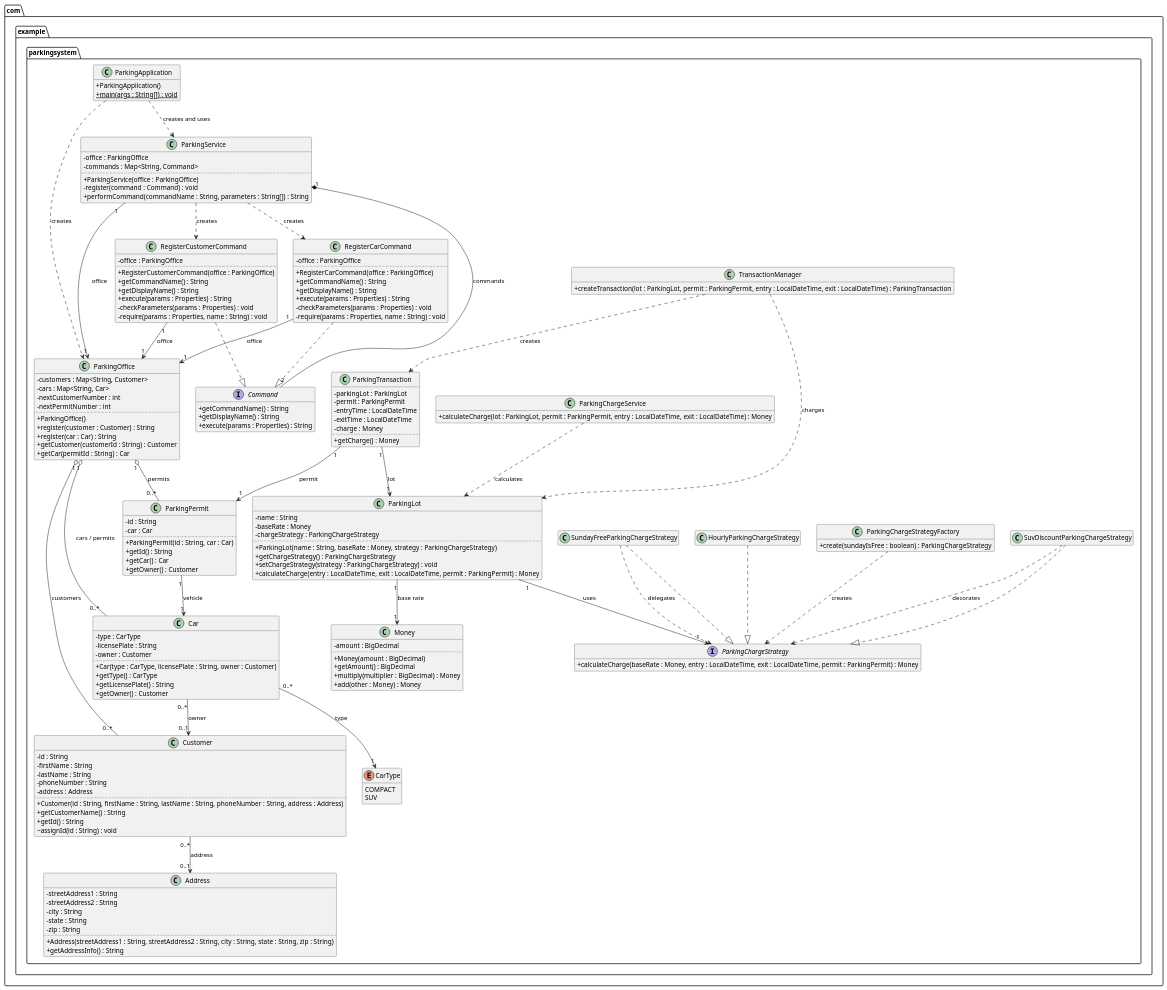
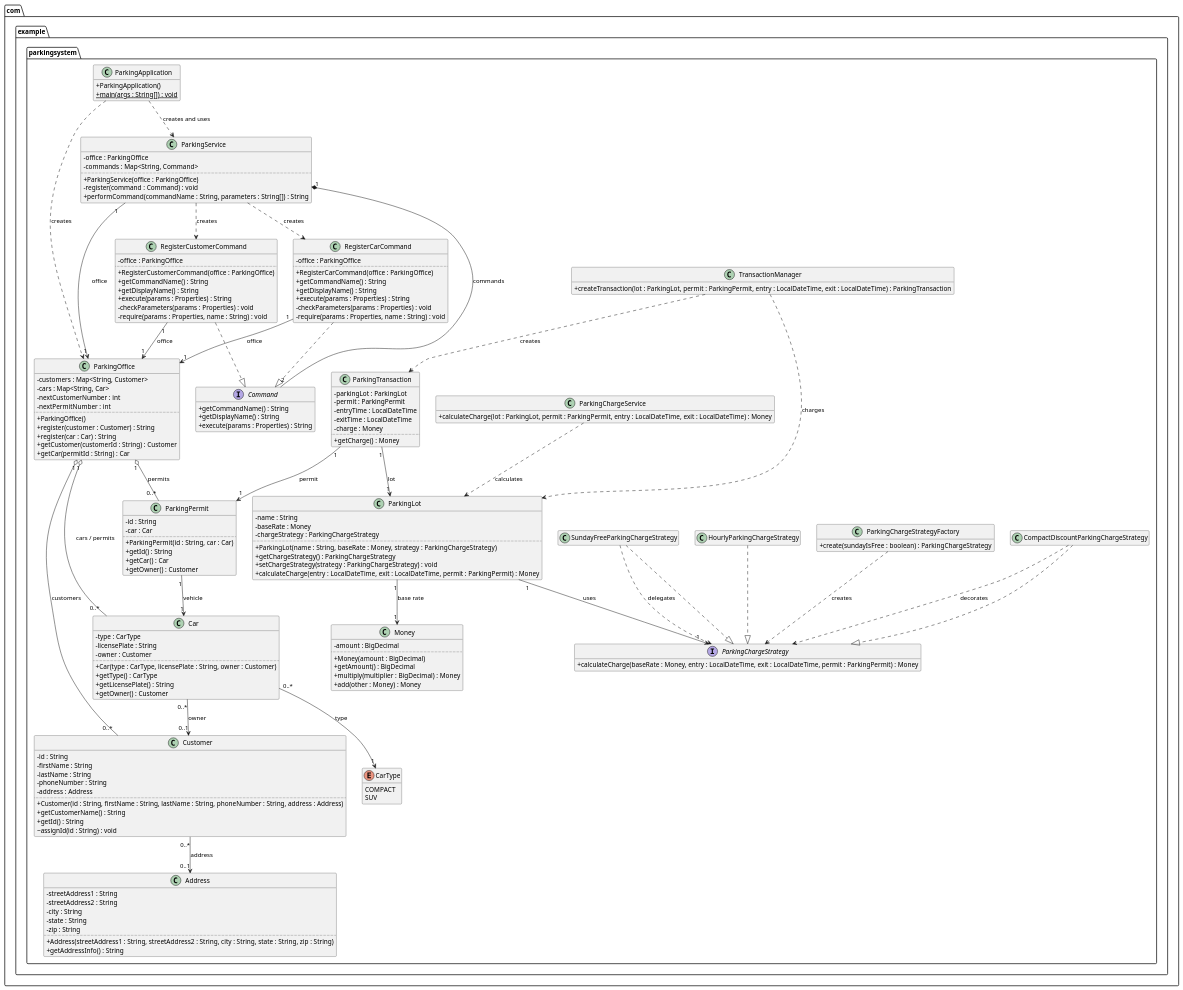
Before and after one commit to anthony-martDU/ICT-4315-1: the diagram in ParkingSystem.puml, drawn with PlantUML. The commit also changed 5 other files, not shown here.

First line of the commit message:
Discount compact cars in parking charges

```diff
--- a/ParkingSystem.puml
+++ b/ParkingSystem.puml
@@ -53,7 +53,7 @@
 
     class HourlyParkingChargeStrategy
     class SundayFreeParkingChargeStrategy
-    class SuvDiscountParkingChargeStrategy
+    class CompactDiscountParkingChargeStrategy
     class ParkingChargeStrategyFactory {
         +create(sundayIsFree : boolean) : ParkingChargeStrategy
     }
@@ -166,7 +166,7 @@
 RegisterCarCommand ..|> Command
 HourlyParkingChargeStrategy ..|> ParkingChargeStrategy
 SundayFreeParkingChargeStrategy ..|> ParkingChargeStrategy
-SuvDiscountParkingChargeStrategy ..|> ParkingChargeStrategy
+CompactDiscountParkingChargeStrategy ..|> ParkingChargeStrategy
 
 ' Object relationships and dependencies
 ParkingService "1" *-- "2" Command : commands
@@ -194,7 +194,7 @@
 ParkingChargeService ..> ParkingLot : calculates
 ParkingChargeStrategyFactory ..> ParkingChargeStrategy : creates
 SundayFreeParkingChargeStrategy ..> ParkingChargeStrategy : delegates
-SuvDiscountParkingChargeStrategy ..> ParkingChargeStrategy : decorates
+CompactDiscountParkingChargeStrategy ..> ParkingChargeStrategy : decorates
 
 ParkingApplication ..> ParkingOffice : creates
 ParkingApplication ..> ParkingService : creates and uses
```
